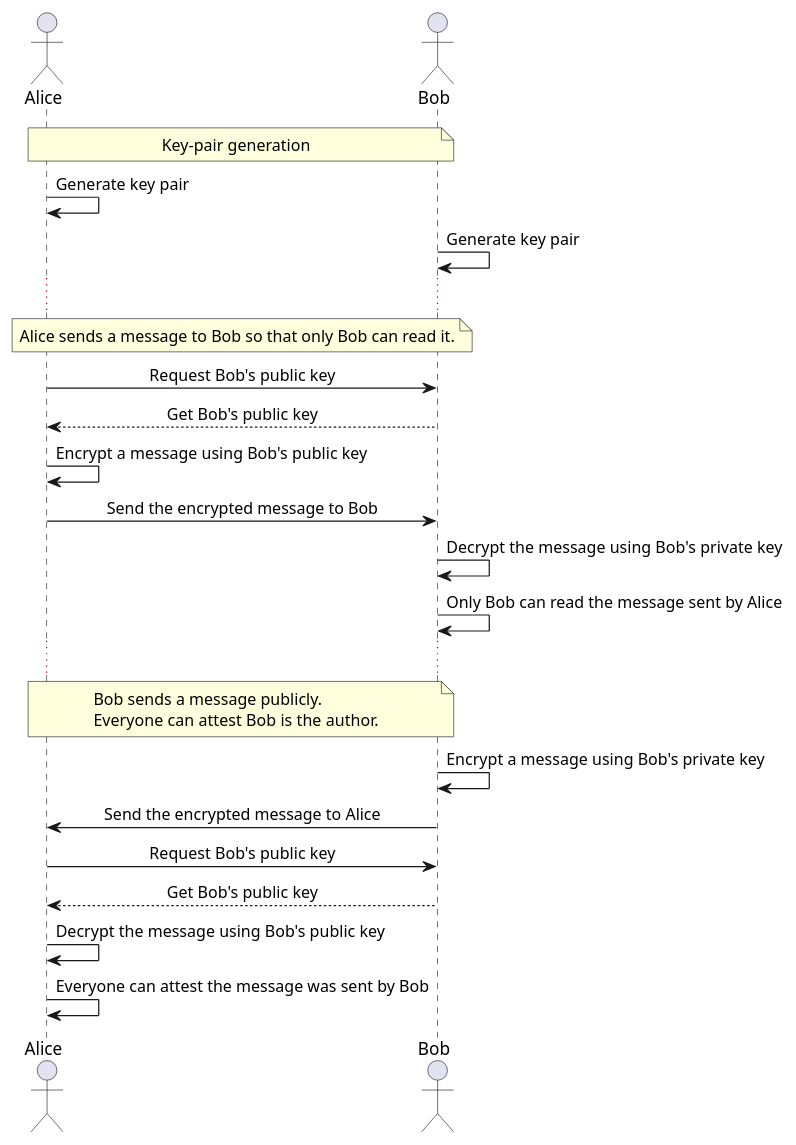
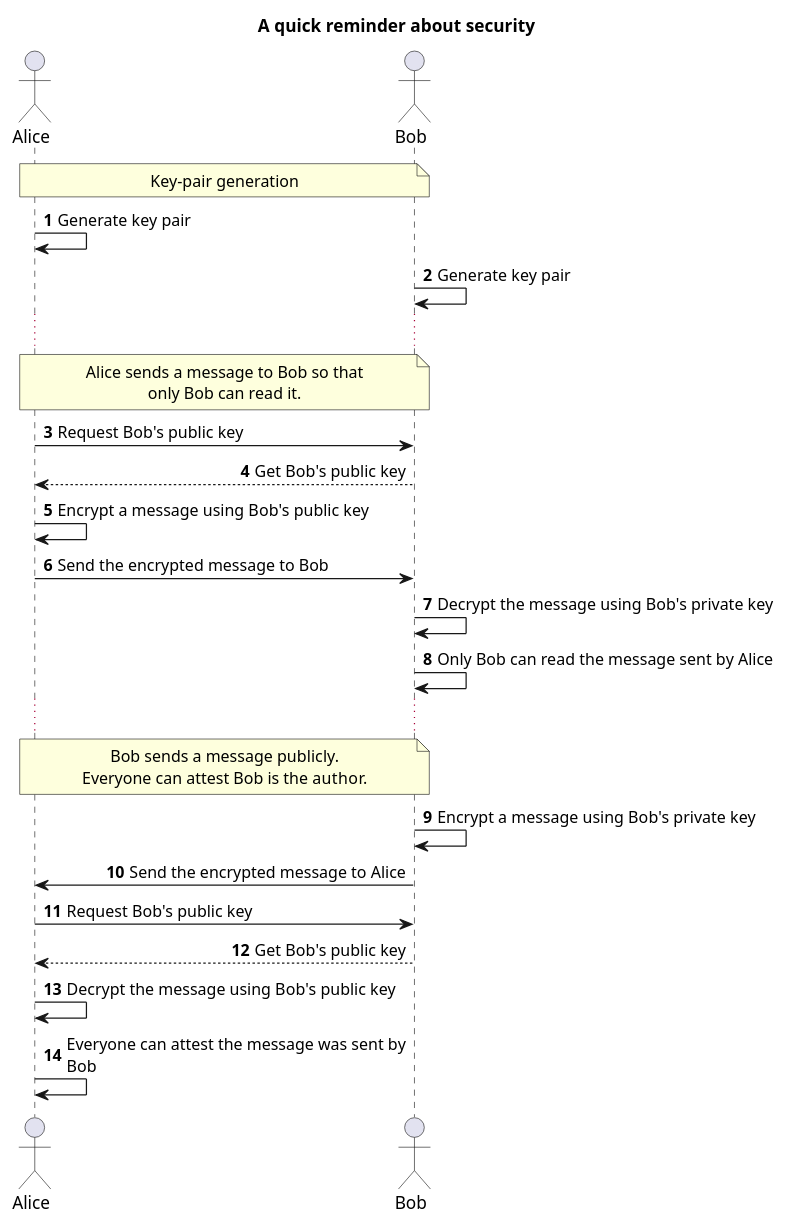
One commit to heig-vd-dai-course/heig-vd-dai-course changed the diagram in 11.01-ssh-and-scp/01-course-material/images/a-quick-reminder-about-security.plantuml. Above: the diagram before and after it, drawn with PlantUML. The commit also changed 20 other files, not shown here.

```diff
--- a/11.01-ssh-and-scp/01-course-material/images/a-quick-reminder-about-security.plantuml
+++ b/11.01-ssh-and-scp/01-course-material/images/a-quick-reminder-about-security.plantuml
@@ -1,35 +1,44 @@
 @startuml a-quick-reminder-about-security
-skinparam sequenceMessageAlign center
+skinparam boxPadding 100
+skinparam maxMessageSize 300
+skinparam noteTextAlignment center
+skinparam sequenceMessageAlign direction
+skinparam wrapWidth 250
+autonumber
+
+!pragma teoz true
+
+title "A quick reminder about security"
 
 actor "Alice" as alice
 actor "Bob" as bob
 
 note over alice, bob: Key-pair generation
 
 alice -> alice: Generate key pair
 bob -> bob: Generate key pair
 
 ...
 
 note over alice, bob: Alice sends a message to Bob so that only Bob can read it.
 
 alice -> bob: Request Bob's public key
 bob --> alice: Get Bob's public key
 
 alice -> alice: Encrypt a message using Bob's public key
 alice -> bob: Send the encrypted message to Bob
 
 bob -> bob: Decrypt the message using Bob's private key
 bob -> bob: Only Bob can read the message sent by Alice
 
 ...
 
 note over alice, bob: Bob sends a message publicly.\nEveryone can attest Bob is the author.
 
 bob -> bob: Encrypt a message using Bob's private key
 bob -> alice: Send the encrypted message to Alice
 alice -> bob: Request Bob's public key
 bob --> alice: Get Bob's public key
 alice -> alice: Decrypt the message using Bob's public key
 alice -> alice: Everyone can attest the message was sent by Bob
 @enduml
```
